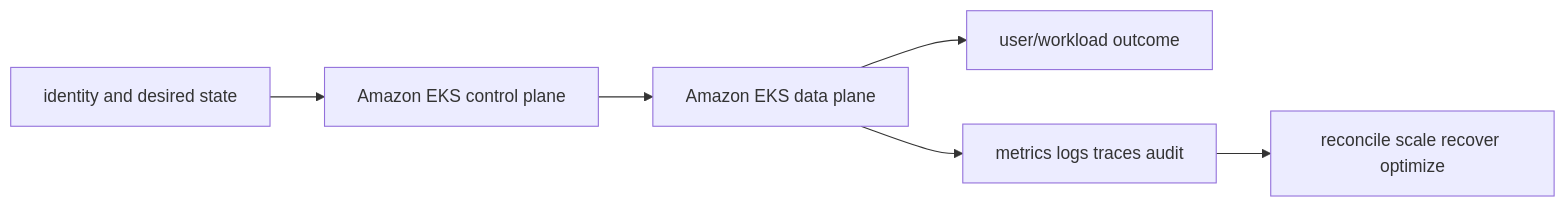
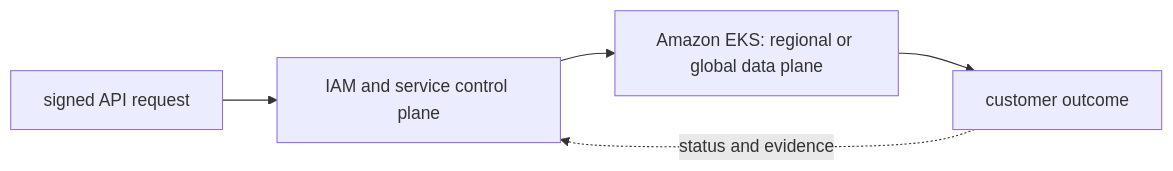
Before and after one commit to tomkidumbuyo/DevOps-interview-preparation: the diagram in 07-aws/06-containers/03-eks/README.md, drawn with Mermaid. The commit also changed other lines of this file and 753 other files, not shown here.

````diff
--- a/07-aws/06-containers/03-eks/README.md
+++ b/07-aws/06-containers/03-eks/README.md
@@ -19,8 +31,7 @@
 ```mermaid
 flowchart LR
-  I[identity and desired state] --> C[Amazon EKS control plane]
-  C --> D[Amazon EKS data plane]
-  D --> U[user/workload outcome]
-  D --> O[metrics logs traces audit]
-  O --> R[reconcile scale recover optimize]
+  A["signed API request"] --> B["IAM and service control plane"]
+  B --> C["Amazon EKS: regional or global data plane"]
+  C --> D["customer outcome"]
+  D -. "status and evidence" .-> B
 ```
````
